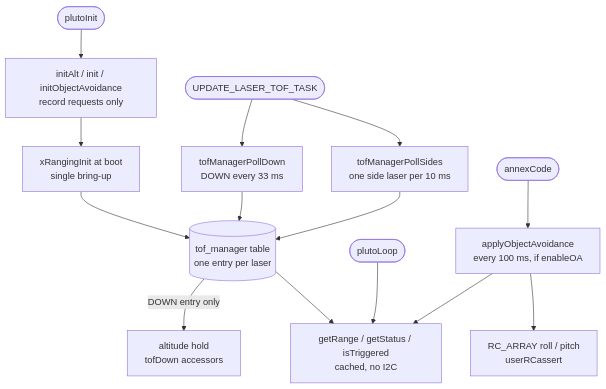
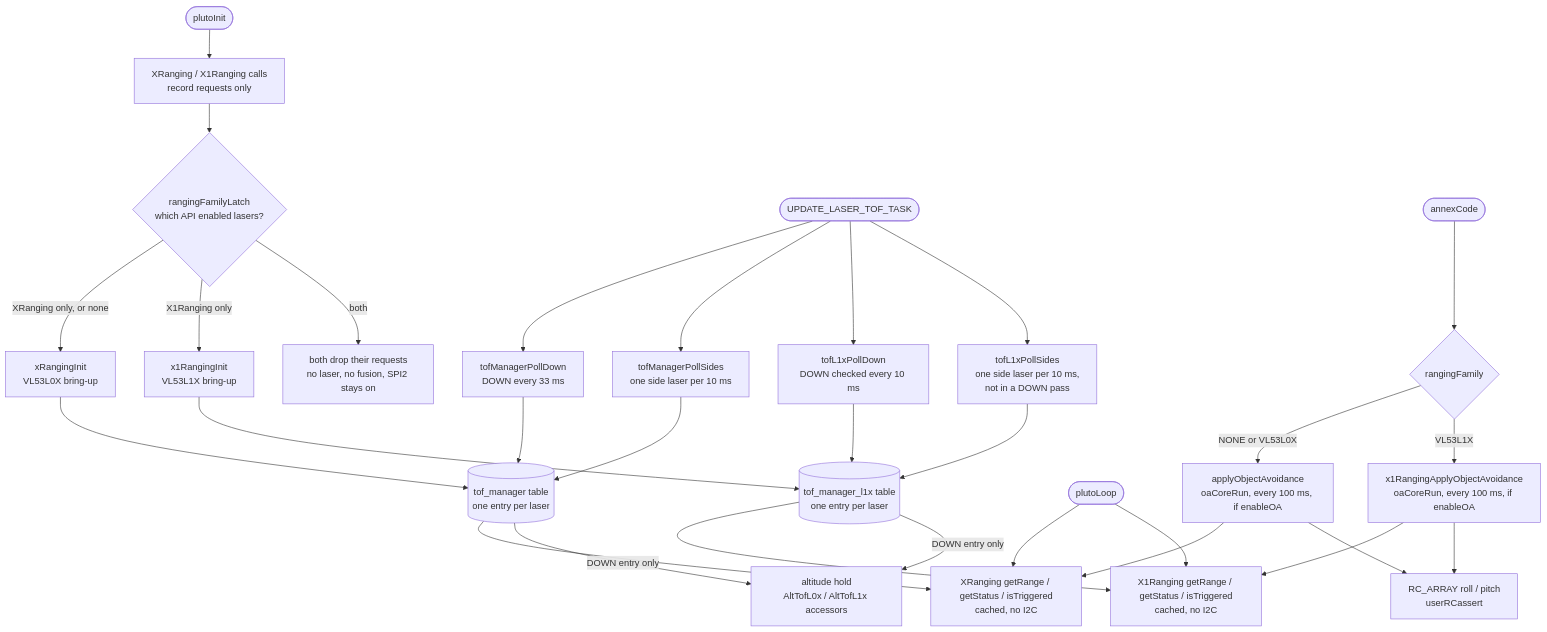
One commit to DronaAviation/MagisV2 changed the third of 3 diagrams in docs/fw-development-reference/fw-architecture-pipeline/subsystems/User_Space_API.md. Above: the diagram before and after it, drawn with Mermaid. The commit also changed other lines of this file and 51 other files, not shown here.

````diff
--- a/docs/fw-development-reference/fw-architecture-pipeline/subsystems/User_Space_API.md
+++ b/docs/fw-development-reference/fw-architecture-pipeline/subsystems/User_Space_API.md
@@ -195,18 +226,33 @@
 ```mermaid
 flowchart TD
-    PI([plutoInit]) --> Req[initAlt / init / initObjectAvoidance<br/>record requests only]
-    Req --> XR[xRangingInit at boot<br/>single bring-up]
+    PI([plutoInit]) --> Req[XRanging / X1Ranging calls<br/>record requests only]
+    Req --> Fam{rangingFamilyLatch<br/>which API enabled lasers?}
+    Fam -- XRanging only, or none --> XR[xRangingInit<br/>VL53L0X bring-up]
+    Fam -- X1Ranging only --> X1[x1RangingInit<br/>VL53L1X bring-up]
+    Fam -- both --> Ref[both drop their requests<br/>no laser, no fusion, SPI2 stays on]
     XR --> Tab[(tof_manager table<br/>one entry per laser)]
+    X1 --> Tab1[(tof_manager_l1x table<br/>one entry per laser)]
 
     Task([UPDATE_LASER_TOF_TASK]) --> PD[tofManagerPollDown<br/>DOWN every 33 ms]
     Task --> PS[tofManagerPollSides<br/>one side laser per 10 ms]
+    Task --> PD1[tofL1xPollDown<br/>DOWN checked every 10 ms]
+    Task --> PS1[tofL1xPollSides<br/>one side laser per 10 ms,<br/>not in a DOWN pass]
     PD --> Tab
     PS --> Tab
+    PD1 --> Tab1
+    PS1 --> Tab1
 
-    Tab --> Get[getRange / getStatus / isTriggered<br/>cached, no I2C]
+    Tab --> Get[XRanging getRange / getStatus / isTriggered<br/>cached, no I2C]
+    Tab1 --> Get1[X1Ranging getRange / getStatus / isTriggered<br/>cached, no I2C]
     PL([plutoLoop]) --> Get
-    AC([annexCode]) --> OA[applyObjectAvoidance<br/>every 100 ms, if enableOA]
+    PL --> Get1
+    AC([annexCode]) --> OAF{rangingFamily}
+    OAF -- NONE or VL53L0X --> OA[applyObjectAvoidance<br/>oaCoreRun, every 100 ms, if enableOA]
+    OAF -- VL53L1X --> OA1[x1RangingApplyObjectAvoidance<br/>oaCoreRun, every 100 ms, if enableOA]
     OA --> Get
+    OA1 --> Get1
     OA --> RC[RC_ARRAY roll / pitch<br/>userRCassert]
-    Tab -- DOWN entry only --> Alt[altitude hold<br/>tofDown accessors]
+    OA1 --> RC
+    Tab -- DOWN entry only --> Alt[altitude hold<br/>AltTofL0x / AltTofL1x accessors]
+    Tab1 -- DOWN entry only --> Alt
 ```
````
